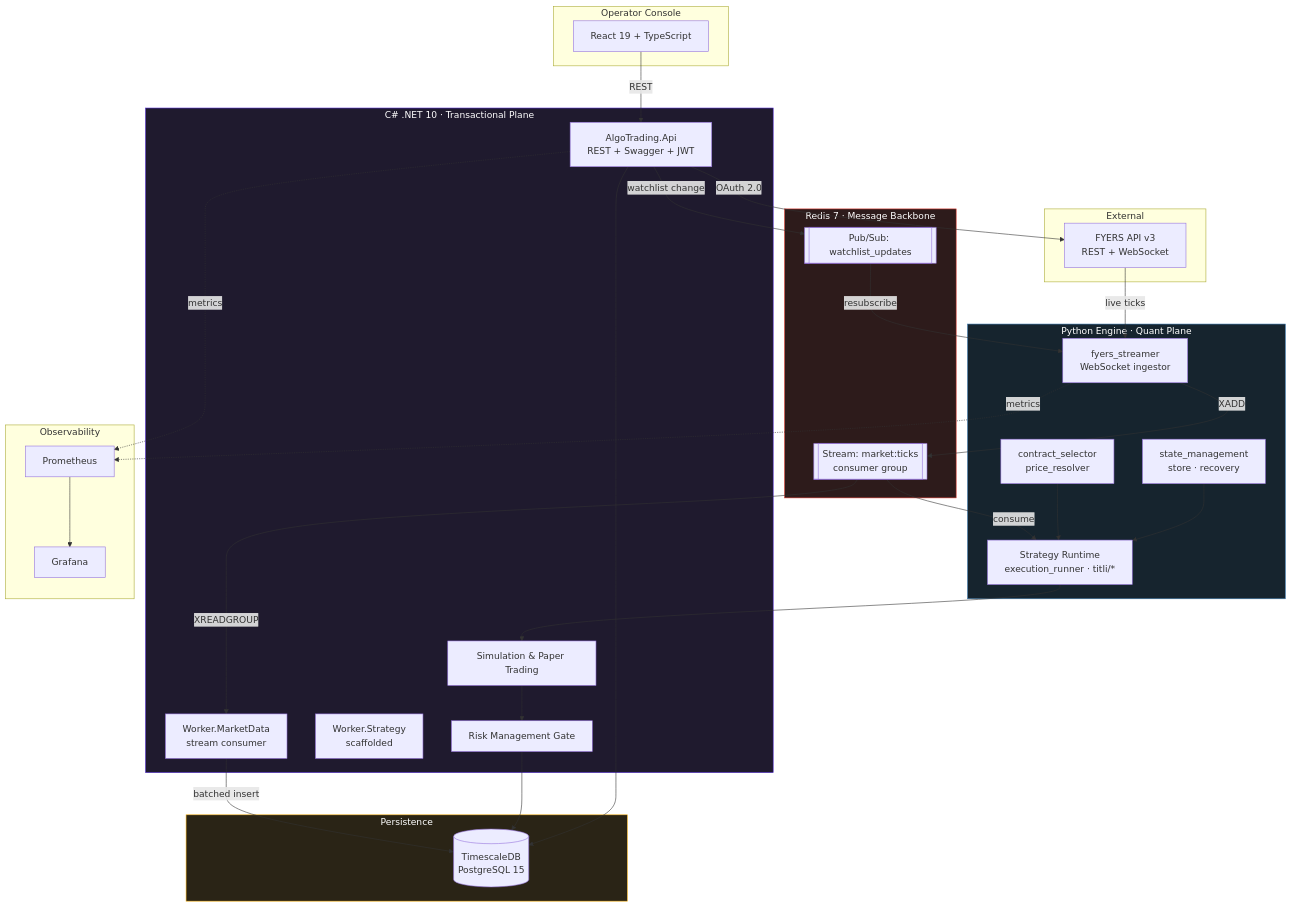
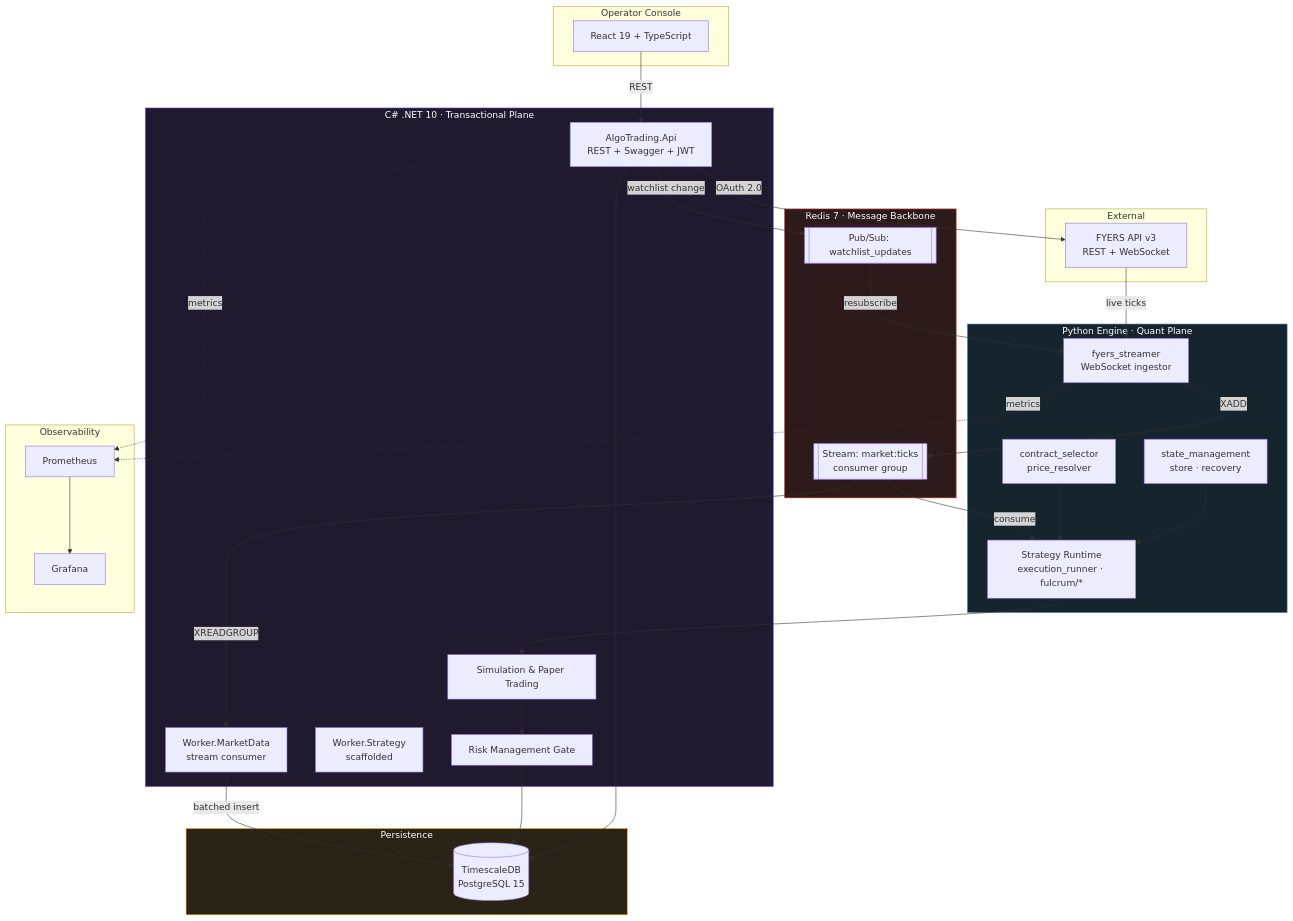
The second of 8 diagrams in docs/RESEARCH_AND_ARCHITECTURE.md (helloupendra/algorithmic-trading-engine), drawn with Mermaid before and after one commit. The commit also changed other lines of this file and 59 other files, not shown here.

````diff
--- a/docs/RESEARCH_AND_ARCHITECTURE.md
+++ b/docs/RESEARCH_AND_ARCHITECTURE.md
@@ -117,63 +117,63 @@
 ```mermaid
 graph TB
     subgraph EXT["External"]
         FY["FYERS API v3<br/>REST + WebSocket"]
     end
 
     subgraph PY["Python Engine · Quant Plane"]
         ING["fyers_streamer<br/>WebSocket ingestor"]
-        STR["Strategy Runtime<br/>execution_runner · titli/*"]
+        STR["Strategy Runtime<br/>execution_runner · fulcrum/*"]
         SEL["contract_selector<br/>price_resolver"]
         ST["state_management<br/>store · recovery"]
     end
 
     subgraph BUS["Redis 7 · Message Backbone"]
         STREAM[["Stream: market:ticks<br/>consumer group"]]
         PUBSUB[["Pub/Sub: watchlist_updates"]]
     end
 
     subgraph CS["C# .NET 10 · Transactional Plane"]
         API["AlgoTrading.Api<br/>REST + Swagger + JWT"]
         WMD["Worker.MarketData<br/>stream consumer"]
         WST["Worker.Strategy<br/>scaffolded"]
         SIM["Simulation & Paper Trading"]
         RISK["Risk Management Gate"]
     end
 
     subgraph DATA["Persistence"]
         TS[("TimescaleDB<br/>PostgreSQL 15")]
     end
 
     subgraph OBS["Observability"]
         PROM["Prometheus"]
         GRAF["Grafana"]
     end
 
     subgraph UI["Operator Console"]
         REACT["React 19 + TypeScript"]
     end
 
     FY -->|"live ticks"| ING
     ING -->|"XADD"| STREAM
     STREAM -->|"XREADGROUP"| WMD
     WMD -->|"batched insert"| TS
     API -->|"watchlist change"| PUBSUB
     PUBSUB -->|"resubscribe"| ING
     STREAM -->|"consume"| STR
     SEL --> STR
     ST --> STR
     STR --> SIM
     SIM --> RISK
     RISK --> TS
     API --> TS
     API -->|"OAuth 2.0"| FY
     REACT -->|"REST"| API
     PROM --> GRAF
     ING -.->|"metrics"| PROM
     API -.->|"metrics"| PROM
 
     style BUS fill:#2d1b1b,stroke:#dc382d,color:#fff
     style DATA fill:#2a2416,stroke:#fdb515,color:#fff
     style CS fill:#1f1a2e,stroke:#512bd4,color:#fff
     style PY fill:#16242e,stroke:#3776ab,color:#fff
 ```
````
